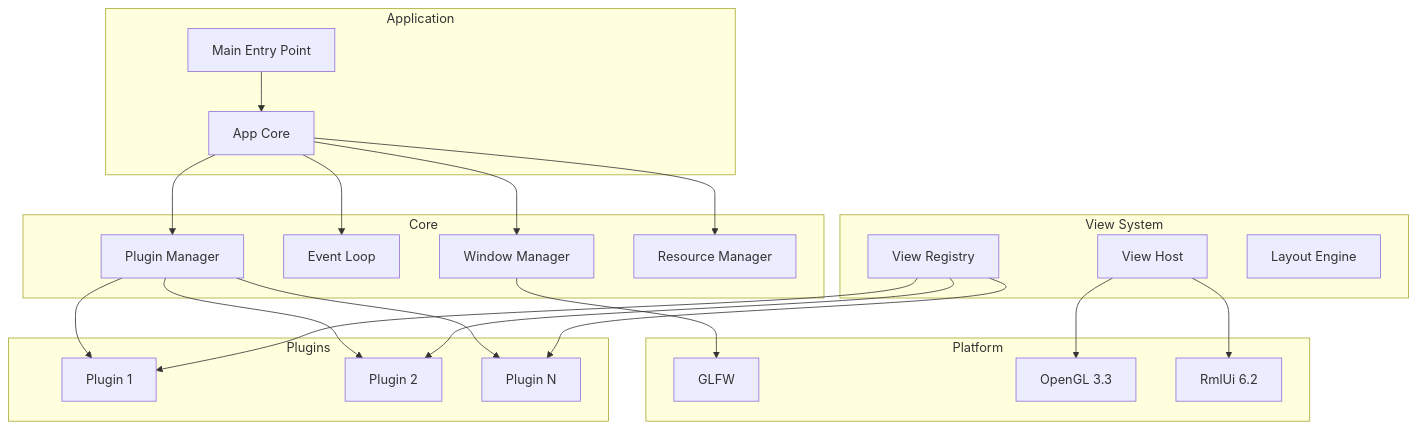
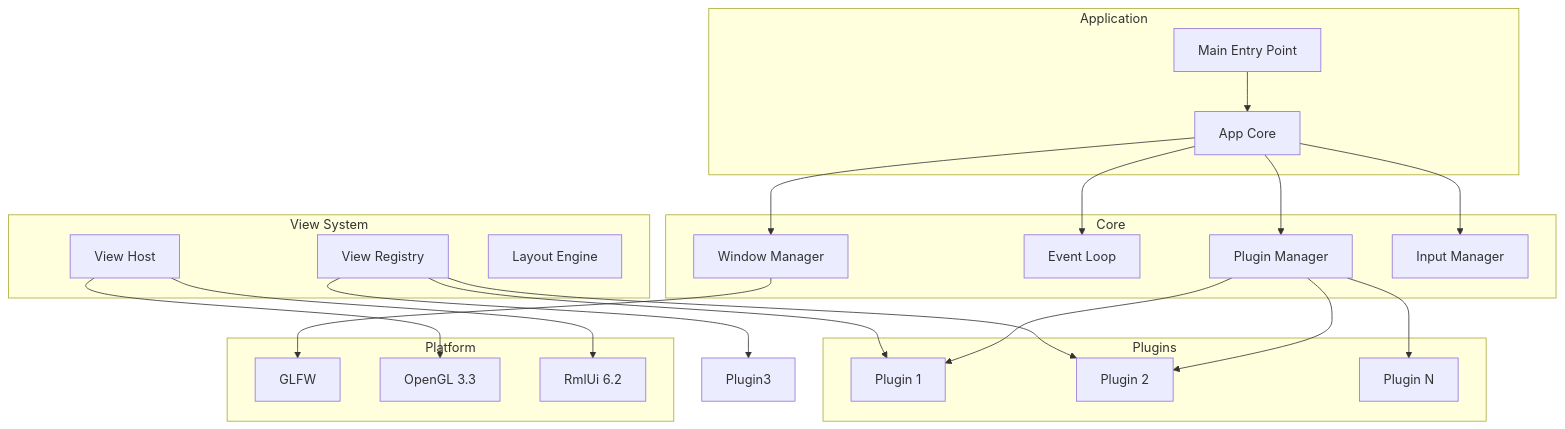
One commit to valdemar-const/rmlui-app changed the diagram in plans/architecture.md. Above: the diagram before and after it, drawn with Mermaid. The commit also changed other lines of this file and 17 other files, not shown here.

````diff
--- a/plans/architecture.md
+++ b/plans/architecture.md
@@ -64,50 +51,50 @@
 ```mermaid
 graph TB
     subgraph Application
         Main[Main Entry Point]
         App[App Core]
     end
     
     subgraph Core
         WindowMgr[Window Manager]
         EventLoop[Event Loop]
         PluginMgr[Plugin Manager]
-        ResourceMgr[Resource Manager]
+        InputMgr[Input Manager]
     end
     
     subgraph View System
         ViewRegistry[View Registry]
         ViewHost[View Host]
         LayoutEngine[Layout Engine]
     end
     
     subgraph Plugins
         Plugin1[Plugin 1]
         Plugin2[Plugin 2]
         PluginN[Plugin N]
     end
     
     subgraph Platform
         GLFW[GLFW]
         OpenGL[OpenGL 3.3]
         RmlUi[RmlUi 6.2]
     end
     
     Main --> App
     App --> WindowMgr
     App --> EventLoop
     App --> PluginMgr
-    App --> ResourceMgr
+    App --> InputMgr
     
     PluginMgr --> Plugin1
     PluginMgr --> Plugin2
     PluginMgr --> PluginN
     
     ViewRegistry --> Plugin1
     ViewRegistry --> Plugin2
-    ViewRegistry --> PluginN
+    ViewRegistry --> Plugin3
     
     WindowMgr --> GLFW
     ViewHost --> RmlUi
     ViewHost --> OpenGL
 ```
````
